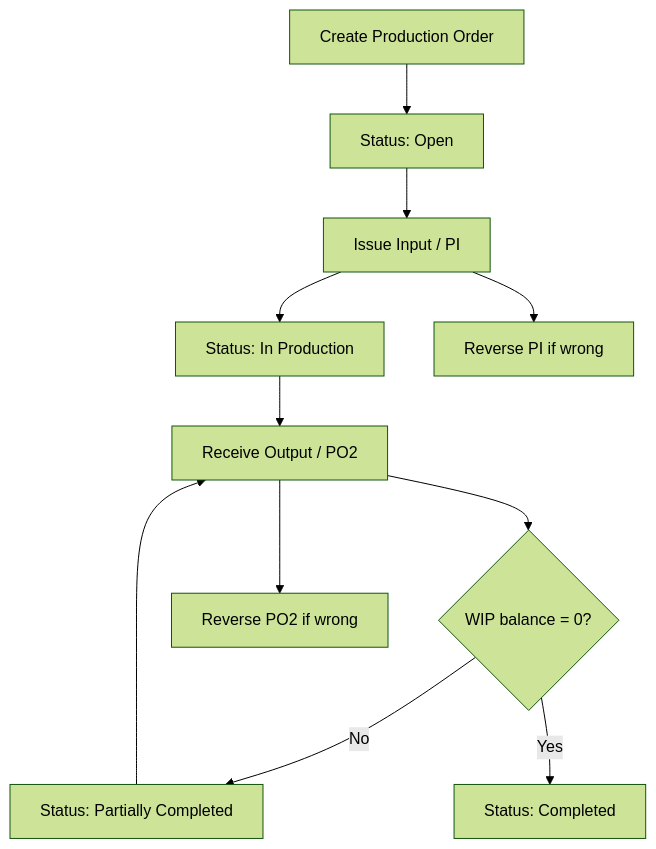
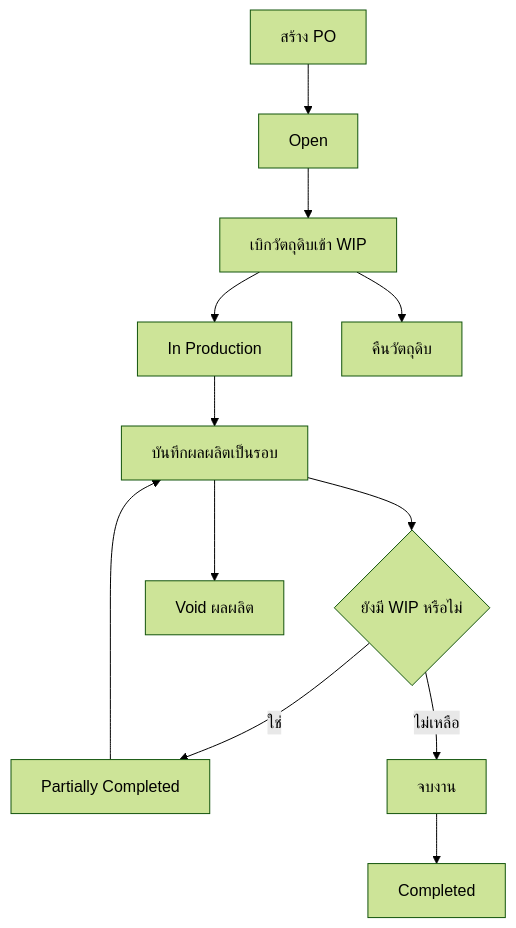
One commit to devdevkub-coder/ns-dev changed the diagram in docs/notes/Production Order DB API Design.md. Above: the diagram before and after it, drawn with Mermaid (forest theme). The commit also changed other lines of this file and 49 other files, not shown here.

Commit message:
feat: complete branch-coded document and production event flows

````diff
--- a/docs/notes/Production Order DB API Design.md
+++ b/docs/notes/Production Order DB API Design.md
@@ -57,13 +48,14 @@
 ```mermaid
 flowchart TD
-  A["Create Production Order"] --> B["Status: Open"]
-  B --> C["Issue Input / PI"]
-  C --> D["Status: In Production"]
-  D --> E["Receive Output / PO2"]
-  E --> F{"WIP balance = 0?"}
-  F -- "No" --> G["Status: Partially Completed"]
+  A[สร้าง PO] --> B[Open]
+  B --> C[เบิกวัตถุดิบเข้า WIP]
+  C --> D[In Production]
+  D --> E[บันทึกผลผลิตเป็นรอบ]
+  E --> F{ยังมี WIP หรือไม่}
+  F -- ใช่ --> G[Partially Completed]
   G --> E
-  F -- "Yes" --> H["Status: Completed"]
-  C --> I["Reverse PI if wrong"]
-  E --> J["Reverse PO2 if wrong"]
+  F -- ไม่เหลือ --> H[จบงาน]
+  H --> I[Completed]
+  C --> J[คืนวัตถุดิบ]
+  E --> K[Void ผลผลิต]
 ```
````
